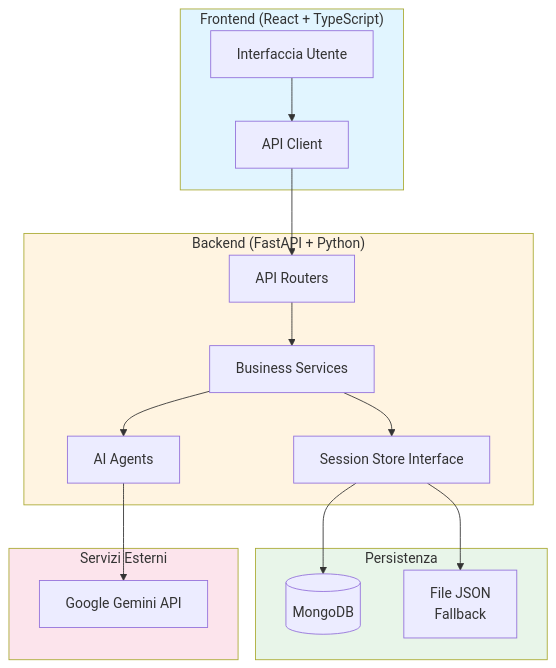
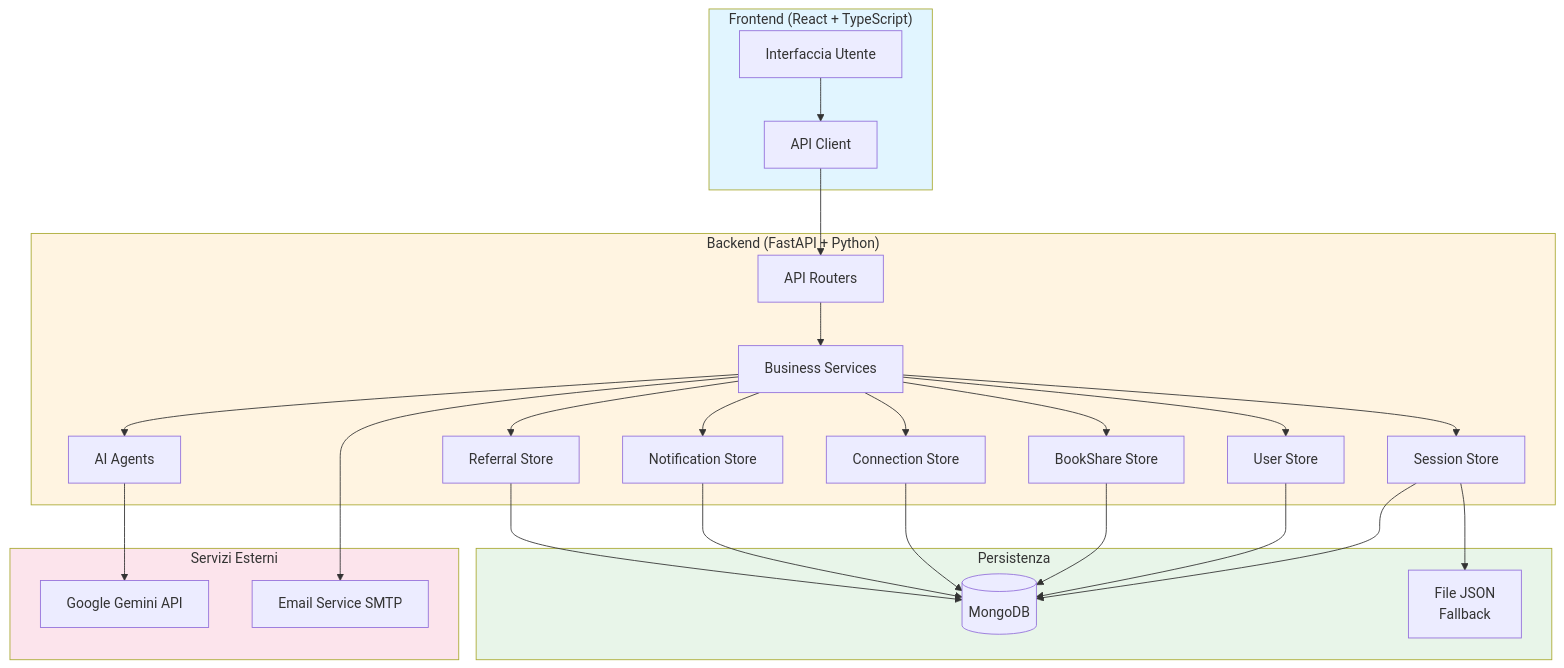
One commit to ErPokerino/book_generator changed the first of 3 diagrams in docs/TECNICA.md. Above: the diagram before and after it, drawn with Mermaid. The commit also changed other lines of this file and 9 other files, not shown here.

````diff
--- a/docs/TECNICA.md
+++ b/docs/TECNICA.md
@@ -20,37 +20,54 @@
 ```mermaid
 graph TB
     subgraph Client["Frontend (React + TypeScript)"]
         UI[Interfaccia Utente]
         API_Client[API Client]
     end
     
     subgraph Server["Backend (FastAPI + Python)"]
         Router[API Routers]
         Services[Business Services]
         Agents[AI Agents]
-        SessionStore[Session Store Interface]
+        SessionStore[Session Store]
+        UserStore[User Store]
+        BookShareStore[BookShare Store]
+        ConnectionStore[Connection Store]
+        NotificationStore[Notification Store]
+        ReferralStore[Referral Store]
     end
     
     subgraph Storage["Persistenza"]
         MongoDB[(MongoDB)]
         FileStore[File JSON<br/>Fallback]
     end
     
     subgraph External["Servizi Esterni"]
         Gemini[Google Gemini API]
+        EmailService[Email Service SMTP]
     end
     
     UI --> API_Client
     API_Client --> Router
     Router --> Services
     Services --> Agents
     Agents --> Gemini
     Services --> SessionStore
+    Services --> UserStore
+    Services --> BookShareStore
+    Services --> ConnectionStore
+    Services --> NotificationStore
+    Services --> ReferralStore
+    Services --> EmailService
     SessionStore --> MongoDB
     SessionStore --> FileStore
+    UserStore --> MongoDB
+    BookShareStore --> MongoDB
+    ConnectionStore --> MongoDB
+    NotificationStore --> MongoDB
+    ReferralStore --> MongoDB
     
     style Client fill:#e1f5ff
     style Server fill:#fff4e1
     style Storage fill:#e8f5e9
     style External fill:#fce4ec
 ```
````
